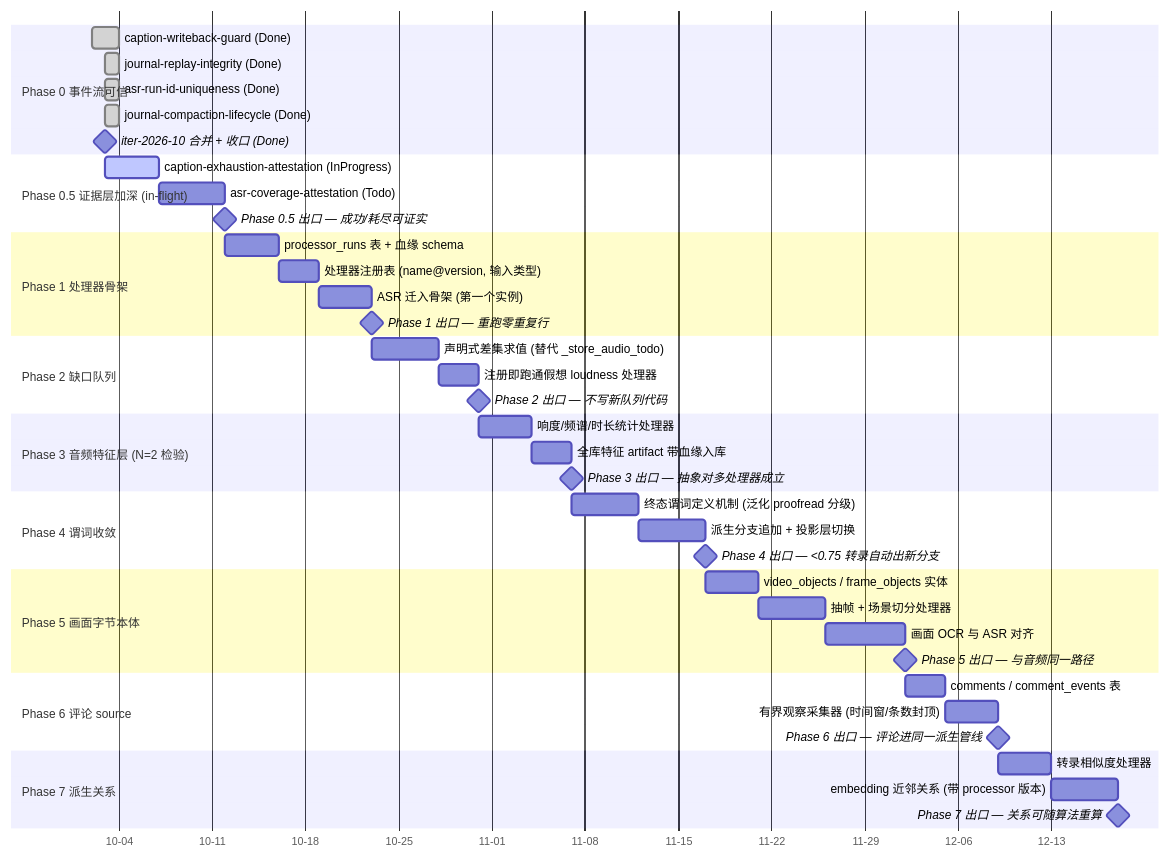
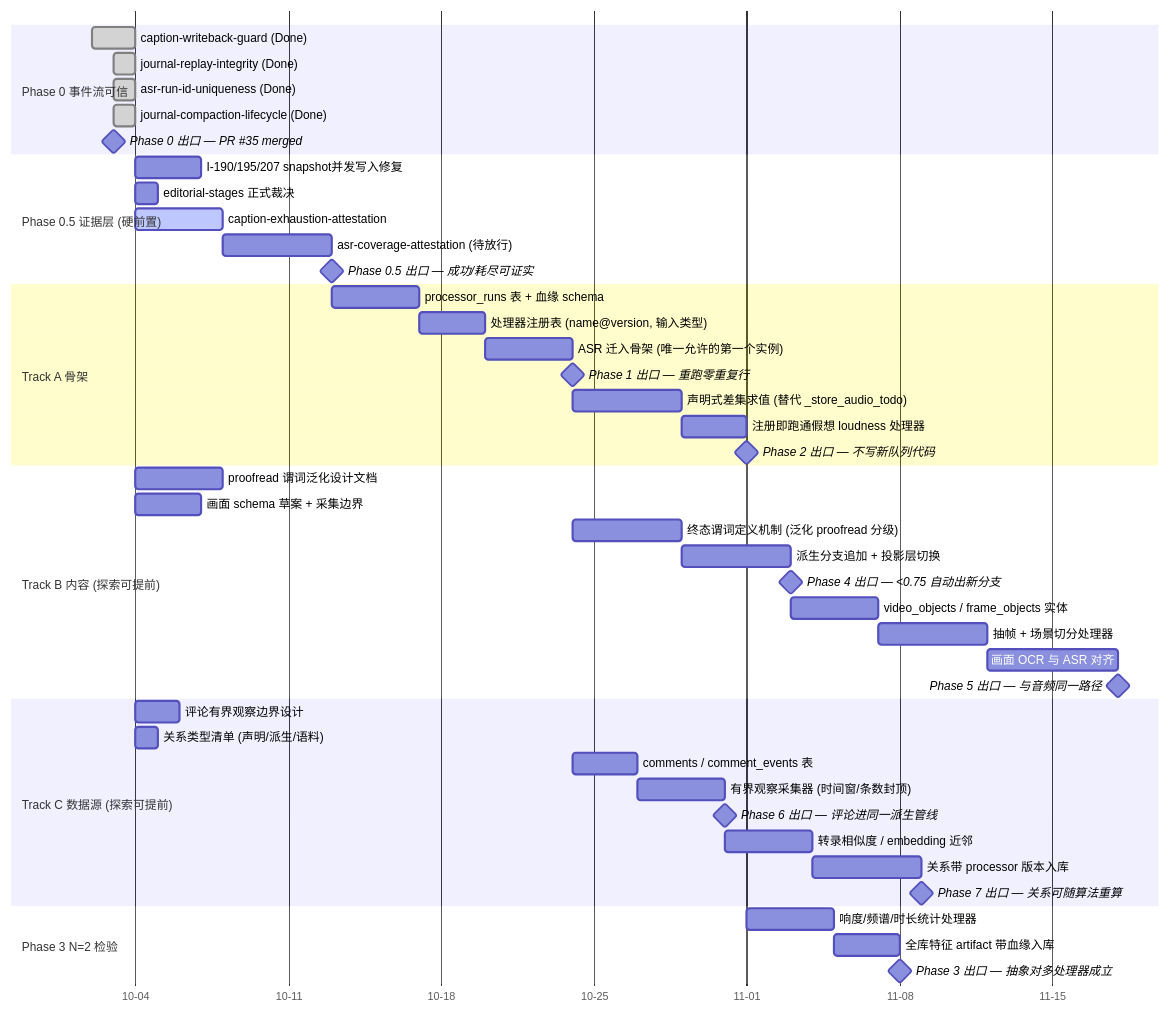
One commit to SuperCatQR/bilibili-asr-archive changed the diagram in bilibili-asr-archive/docs/roadmap-gantt.md. Above: the diagram before and after it, drawn with Mermaid. The commit also changed other lines of this file and 1 other file, not shown here.

Commit message:
docs(roadmap): 平台承诺 + 三轨道并发结构
方向定为视频归档整合平台后，roadmap 从线性阶段改为三条并行轨道：
- Track A 骨架（Phase 1-2）：processor_runs + 缺口队列
- Track B 内容（Phase 4-5）：终态谓词 + 画面
- Track C 数据源（Phase 6-7）：评论 + 关系

硬约束：Track B/C 的设计/草案/探索可从即日起并行；
落地（新表、新处理器注册、新 source 接入）必须等 Track A 对应阶段就位。

Phase 0.5 新增 cross-cutting 前置：
- I-000190/195/207（snapshot 并发写入缺陷族）关闭
- editorial-stages 正式裁决（close 或恢复为 Phase 4 输入）

Phase 1 定性从'候选'改为'已承诺'；
硬约束：不预留第二个处理器接口，N=2 必须真实发生（Phase 3）。

````diff
--- a/bilibili-asr-archive/docs/roadmap-gantt.md
+++ b/bilibili-asr-archive/docs/roadmap-gantt.md
@@ -9,55 +10,55 @@
 ```mermaid
 gantt
     dateFormat  YYYY-MM-DD
     axisFormat  %m-%d
     todayMarker stroke-width:3px,stroke:#d33,opacity:0.7
 
     section Phase 0 事件流可信
     caption-writeback-guard (Done)        :done,   p0a, 2026-10-02, 2d
     journal-replay-integrity (Done)       :done,   p0b, 2026-10-03, 1d
     asr-run-id-uniqueness (Done)          :done,   p0c, 2026-10-03, 1d
     journal-compaction-lifecycle (Done)   :done,   p0d, 2026-10-03, 1d
-    iter-2026-10 合并 + 收口 (Done)        :milestone, m0, 2026-10-03, 0d
+    Phase 0 出口 — PR #35 merged          :milestone, m0, 2026-10-03, 0d
 
-    section Phase 0.5 证据层加深 (in-flight)
-    caption-exhaustion-attestation (InProgress) :active, p05a, 2026-10-03, 4d
-    asr-coverage-attestation (Todo)             :        p05b, after p05a, 5d
-    Phase 0.5 出口 — 成功/耗尽可证实            :milestone, m05, after p05b, 0d
+    section Phase 0.5 证据层 (硬前置)
+    I-190/195/207 snapshot并发写入修复    :        p05fix, 2026-10-04, 3d
+    editorial-stages 正式裁决             :        p05ed, 2026-10-04, 1d
+    caption-exhaustion-attestation        :active, p05a, 2026-10-04, 4d
+    asr-coverage-attestation (待放行)     :        p05b, after p05a, 5d
+    Phase 0.5 出口 — 成功/耗尽可证实      :milestone, m05, after p05b, 0d
 
-    section Phase 1 处理器骨架
+    section Track A 骨架
     processor_runs 表 + 血缘 schema       :        p1a, after m05, 4d
     处理器注册表 (name@version, 输入类型)  :        p1b, after p1a, 3d
-    ASR 迁入骨架 (第一个实例)              :        p1c, after p1b, 4d
+    ASR 迁入骨架 (唯一允许的第一个实例)    :        p1c, after p1b, 4d
     Phase 1 出口 — 重跑零重复行           :milestone, m1, after p1c, 0d
-
-    section Phase 2 缺口队列
     声明式差集求值 (替代 _store_audio_todo) :      p2a, after m1, 5d
     注册即跑通假想 loudness 处理器         :        p2b, after p2a, 3d
     Phase 2 出口 — 不写新队列代码          :milestone, m2, after p2b, 0d
 
-    section Phase 3 音频特征层 (N=2 检验)
-    响度/频谱/时长统计处理器              :        p3a, after m2, 4d
-    全库特征 artifact 带血缘入库           :        p3b, after p3a, 3d
-    Phase 3 出口 — 抽象对多处理器成立      :milestone, m3, after p3b, 0d
-
-    section Phase 4 谓词收敛
-    终态谓词定义机制 (泛化 proofread 分级)  :       p4a, after m3, 5d
+    section Track B 内容 (探索可提前)
+    proofread 谓词泛化设计文档             :        p4design, 2026-10-04, 4d
+    画面 schema 草案 + 采集边界            :        p5design, 2026-10-04, 3d
+    终态谓词定义机制 (泛化 proofread 分级)  :       p4a, after m1, 5d
     派生分支追加 + 投影层切换              :        p4b, after p4a, 5d
-    Phase 4 出口 — <0.75 转录自动出新分支  :milestone, m4, after p4b, 0d
-
-    section Phase 5 画面字节本体
+    Phase 4 出口 — <0.75 自动出新分支     :milestone, m4, after p4b, 0d
     video_objects / frame_objects 实体    :        p5a, after m4, 4d
     抽帧 + 场景切分处理器                 :        p5b, after p5a, 5d
     画面 OCR 与 ASR 对齐                 :        p5c, after p5b, 6d
     Phase 5 出口 — 与音频同一路径         :milestone, m5, after p5c, 0d
 
-    section Phase 6 评论 source
-    comments / comment_events 表          :        p6a, after m5, 3d
+    section Track C 数据源 (探索可提前)
+    评论有界观察边界设计                   :        p6design, 2026-10-04, 2d
+    关系类型清单 (声明/派生/语料)          :        p7design, 2026-10-04, 1d
+    comments / comment_events 表          :        p6a, after m1, 3d
     有界观察采集器 (时间窗/条数封顶)       :        p6b, after p6a, 4d
     Phase 6 出口 — 评论进同一派生管线      :milestone, m6, after p6b, 0d
+    转录相似度 / embedding 近邻           :        p7a, after m6, 4d
+    关系带 processor 版本入库              :        p7b, after p7a, 5d
+    Phase 7 出口 — 关系可随算法重算        :milestone, m7, after p7b, 0d
 
-    section Phase 7 派生关系
-    转录相似度处理器                      :        p7a, after m6, 4d
-    embedding 近邻关系 (带 processor 版本) :        p7b, after p7a, 5d
-    Phase 7 出口 — 关系可随算法重算        :milestone, m7, after p7b, 0d
+    section Phase 3 N=2 检验
+    响度/频谱/时长统计处理器              :        p3a, after m2, 4d
+    全库特征 artifact 带血缘入库           :        p3b, after p3a, 3d
+    Phase 3 出口 — 抽象对多处理器成立      :milestone, m3, after p3b, 0d
 ```
````
